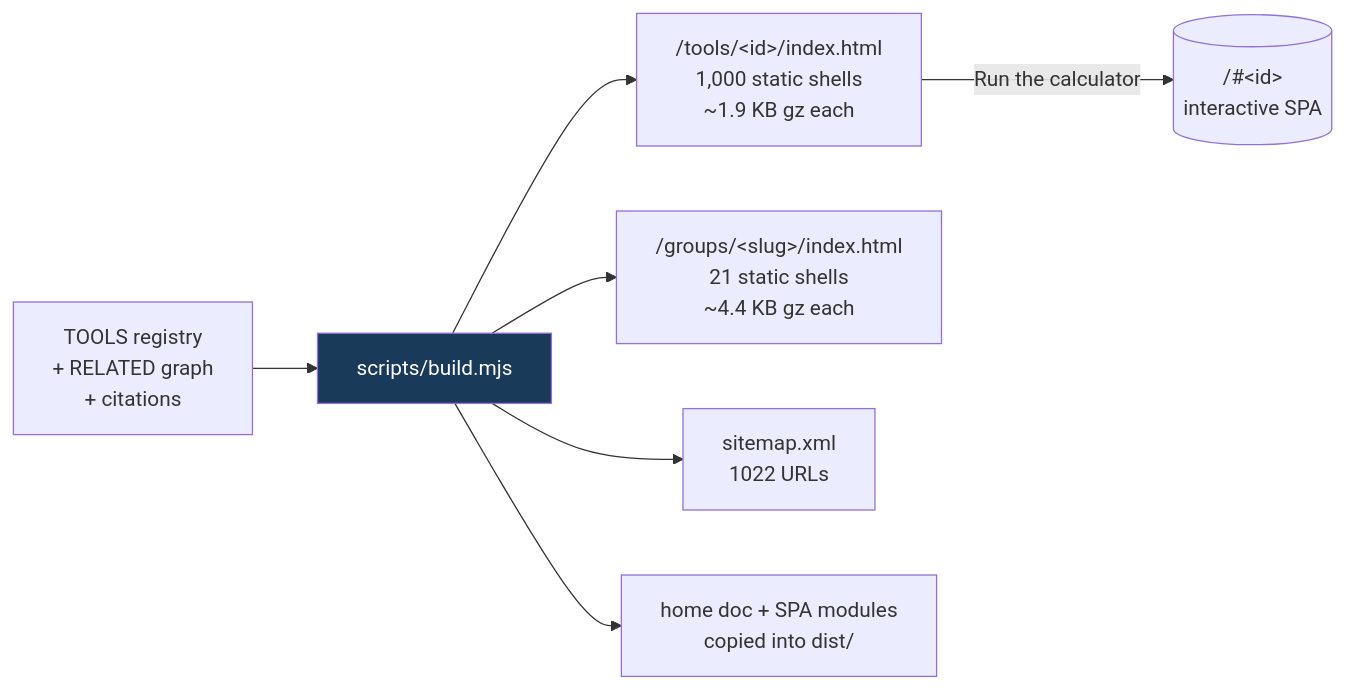
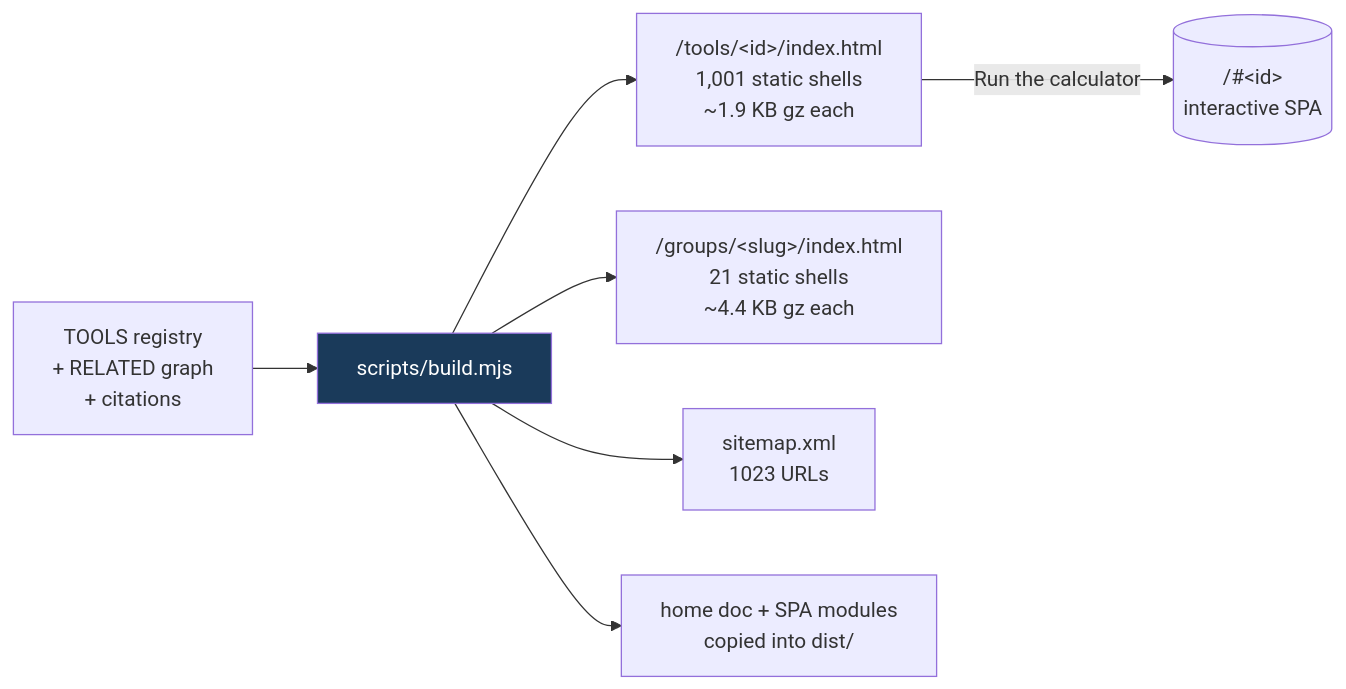
One commit to clay-good/roughlogic.com changed the fifth of 8 diagrams in README.md. Above: the diagram before and after it, drawn with Mermaid. The commit also changed other lines of this file and 12 other files, not shown here.

````diff
--- a/README.md
+++ b/README.md
@@ -495,10 +495,10 @@
 ```mermaid
 flowchart LR
     SRC[TOOLS registry\n+ RELATED graph\n+ citations] --> BUILD[scripts/build.mjs]
-    BUILD --> TILE["/tools/&lt;id&gt;/index.html\n1,000 static shells\n~1.9 KB gz each"]
+    BUILD --> TILE["/tools/&lt;id&gt;/index.html\n1,001 static shells\n~1.9 KB gz each"]
     BUILD --> GROUP["/groups/&lt;slug&gt;/index.html\n21 static shells\n~4.4 KB gz each"]
-    BUILD --> MAP["sitemap.xml\n1022 URLs"]
+    BUILD --> MAP["sitemap.xml\n1023 URLs"]
     BUILD --> COPY[home doc + SPA modules\ncopied into dist/]
     TILE -->|Run the calculator| SPA[("/#&lt;id&gt;\ninteractive SPA")]
     style BUILD fill:#1a3a5a,color:#fff
 ```
````
